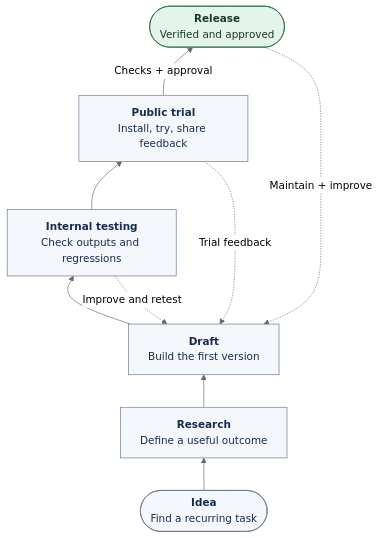
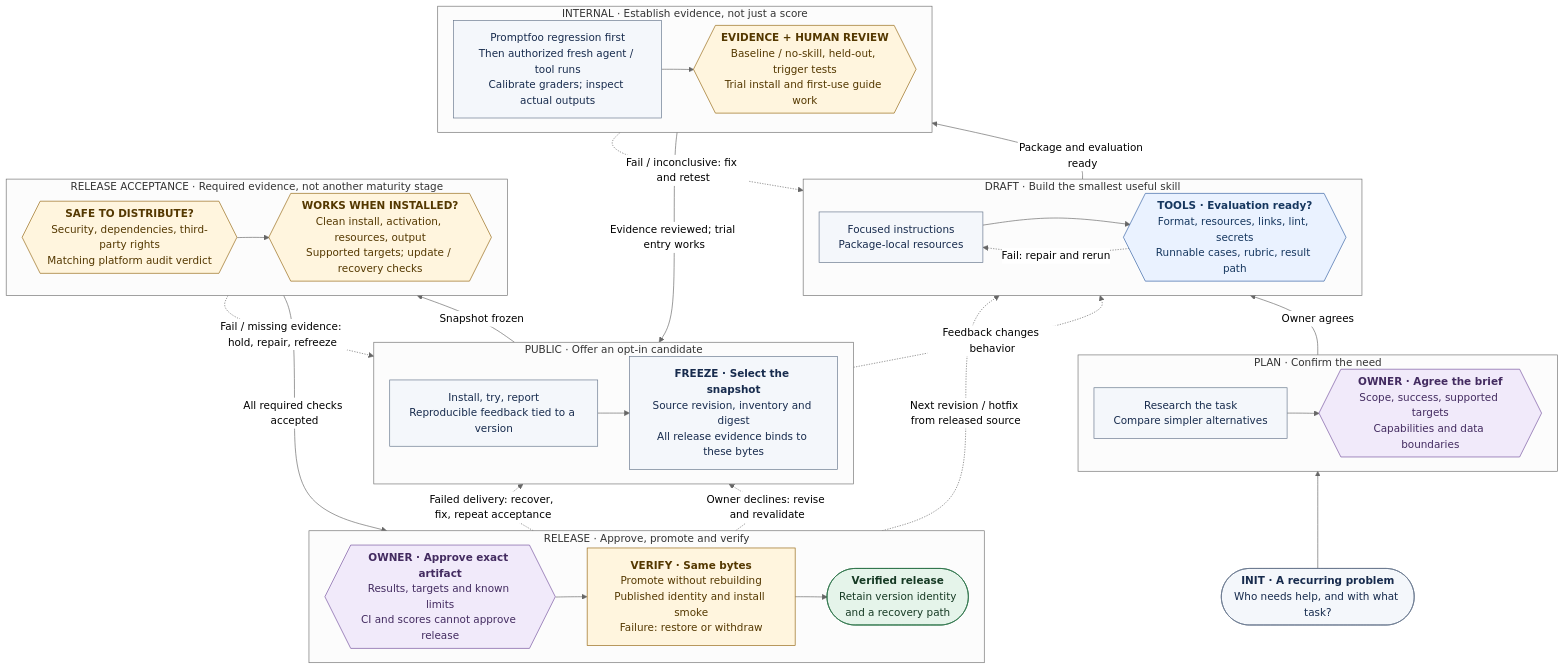
Before and after one commit to ClydeShen/skills: the diagram in README.md, drawn with Mermaid (neutral theme). The commit also changed other lines of this file and 3 other files, not shown here.

Commit message:
docs(readme): replace status charts with evidence gates and recovery paths

````diff
--- a/README.md
+++ b/README.md
@@ -33,28 +33,101 @@
 ```mermaid
+%%{init: {"flowchart": {"wrappingWidth": 260, "rankSpacing": 24, "nodeSpacing": 24}}}%%
 flowchart BT
-    accTitle: How a skill is incubated and maintained
-    accDescr: Read from bottom to top. Idea, Research, Draft, Internal testing, Public trial and Release are the six stages. Publication requires package, installation and audit checks plus owner approval. Failed tests, trial feedback and post-release fixes or new needs return to drafting and testing. Published versions stay fixed while successors improve.
-    idea(["`**Idea**
-    Find a recurring task`"])
-    researchPlan["`**Research**
-    Define a useful outcome`"]
-    buildDraft["`**Draft**
-    Build the first version`"]
-    internalEval["`**Internal testing**
-    Check outputs and regressions`"]
-    publicTrial["`**Public trial**
-    Install, try, share feedback`"]
-    releaseVersion(["`**Release**
-    Verified and approved`"])
+    accTitle: Skill lifecycle, evidence gates and recovery
+    accDescr: Read bottom to top, from init through plan, draft, internal, public and release. The owner approves the problem and scope. Tools check package correctness and evaluation readiness. Agents collect behavioral comparisons and verify candidate installation. A frozen snapshot must pass security, rights, audit and consumer acceptance before the owner approves that exact artifact. Identical bytes are promoted and smoke-tested. Failed or missing checks block progress. Feedback starts a new revision; hotfixes start from released source. Failed delivery restores the previous verified version or withdraws a failed first release.
 
-    idea --> researchPlan --> buildDraft --> internalEval --> publicTrial
-    publicTrial -->|"Checks + approval"| releaseVersion
-    internalEval -.->|"Improve and retest"| buildDraft
-    publicTrial -.->|"Trial feedback"| buildDraft
-    releaseVersion -.->|"Maintain + improve"| buildDraft
+    idea(["`**INIT · A recurring problem**
+    Who needs help, and with what task?`"])
 
-    classDef step fill:#F4F7FB,stroke:#65758B,color:#172B4D
+    subgraph planning["PLAN · Confirm the need"]
+        direction LR
+        research["`Research the task
+        Compare simpler alternatives`"]
+        scopeGate{{"`**OWNER · Agree the brief**
+        Scope, success, supported targets
+        Capabilities and data boundaries`"}}
+        research --> scopeGate
+    end
+
+    subgraph building["DRAFT · Build the smallest useful skill"]
+        direction LR
+        author["`Focused instructions
+        Package-local resources`"]
+        readyGate{{"`**TOOLS · Evaluation ready?**
+        Format, resources, links, lint, secrets
+        Runnable cases, rubric, result path`"}}
+        author --> readyGate
+        readyGate -.->|"Fail: repair and rerun"| author
+    end
+
+    subgraph testing["INTERNAL · Establish evidence, not just a score"]
+        direction LR
+        regress["`Promptfoo regression first
+        Then authorized fresh agent / tool runs
+        Calibrate graders; inspect actual outputs`"]
+        trialGate{{"`**EVIDENCE + HUMAN REVIEW**
+        Baseline / no-skill, held-out, trigger tests
+        Trial install and first-use guide work`"}}
+        regress --> trialGate
+    end
+
+    subgraph trial["PUBLIC · Offer an opt-in candidate"]
+        direction LR
+        publicTrial["`Install, try, report
+        Reproducible feedback tied to a version`"]
+        snapshot["`**FREEZE · Select the snapshot**
+        Source revision, inventory and digest
+        All release evidence binds to these bytes`"]
+        publicTrial --> snapshot
+    end
+
+    subgraph acceptance["RELEASE ACCEPTANCE · Required evidence, not another maturity stage"]
+        direction LR
+        trustGate{{"`**SAFE TO DISTRIBUTE?**
+        Security, dependencies, third-party rights
+        Matching platform audit verdict`"}}
+        consumerGate{{"`**WORKS WHEN INSTALLED?**
+        Clean install, activation, resources, output
+        Supported targets; update / recovery checks`"}}
+        trustGate --> consumerGate
+    end
+
+    subgraph publishing["RELEASE · Approve, promote and verify"]
+        direction LR
+        approval{{"`**OWNER · Approve exact artifact**
+        Results, targets and known limits
+        CI and scores cannot approve release`"}}
+        delivery["`**VERIFY · Same bytes**
+        Promote without rebuilding
+        Published identity and install smoke
+        Failure: restore or withdraw`"]
+        releaseVersion(["`**Verified release**
+        Retain version identity
+        and a recovery path`"])
+        approval --> delivery --> releaseVersion
+    end
+
+    idea --> planning
+    planning -->|"Owner agrees"| building
+    building -->|"Package and evaluation ready"| testing
+    testing -->|"Evidence reviewed; trial entry works"| trial
+    trial -->|"Snapshot frozen"| acceptance
+    acceptance -->|"All required checks accepted"| publishing
+    testing -.->|"Fail / inconclusive: fix and retest"| building
+    trial -.->|"Feedback changes behavior"| building
+    acceptance -.->|"Fail / missing evidence: hold, repair, refreeze"| trial
+    publishing -.->|"Owner declines: revise and revalidate"| trial
+    publishing -.->|"Failed delivery: recover, fix, repeat acceptance"| trial
+    publishing -.->|"Next revision / hotfix from released source"| building
+
+    classDef stage fill:#F4F7FB,stroke:#65758B,color:#172B4D
+    classDef tool fill:#EAF2FF,stroke:#325FA3,color:#16375F
+    classDef evidence fill:#FFF5DE,stroke:#946510,color:#543800
+    classDef human fill:#F1EAFA,stroke:#73509C,color:#432B60
     classDef stable fill:#E5F4EA,stroke:#277044,color:#163A24
-    class idea,researchPlan,buildDraft,internalEval,publicTrial step
+    class idea,research,author,regress,publicTrial,snapshot stage
+    class readyGate tool
+    class trialGate,trustGate,consumerGate,delivery evidence
+    class scopeGate,approval human
     class releaseVersion stable
 ```
````
